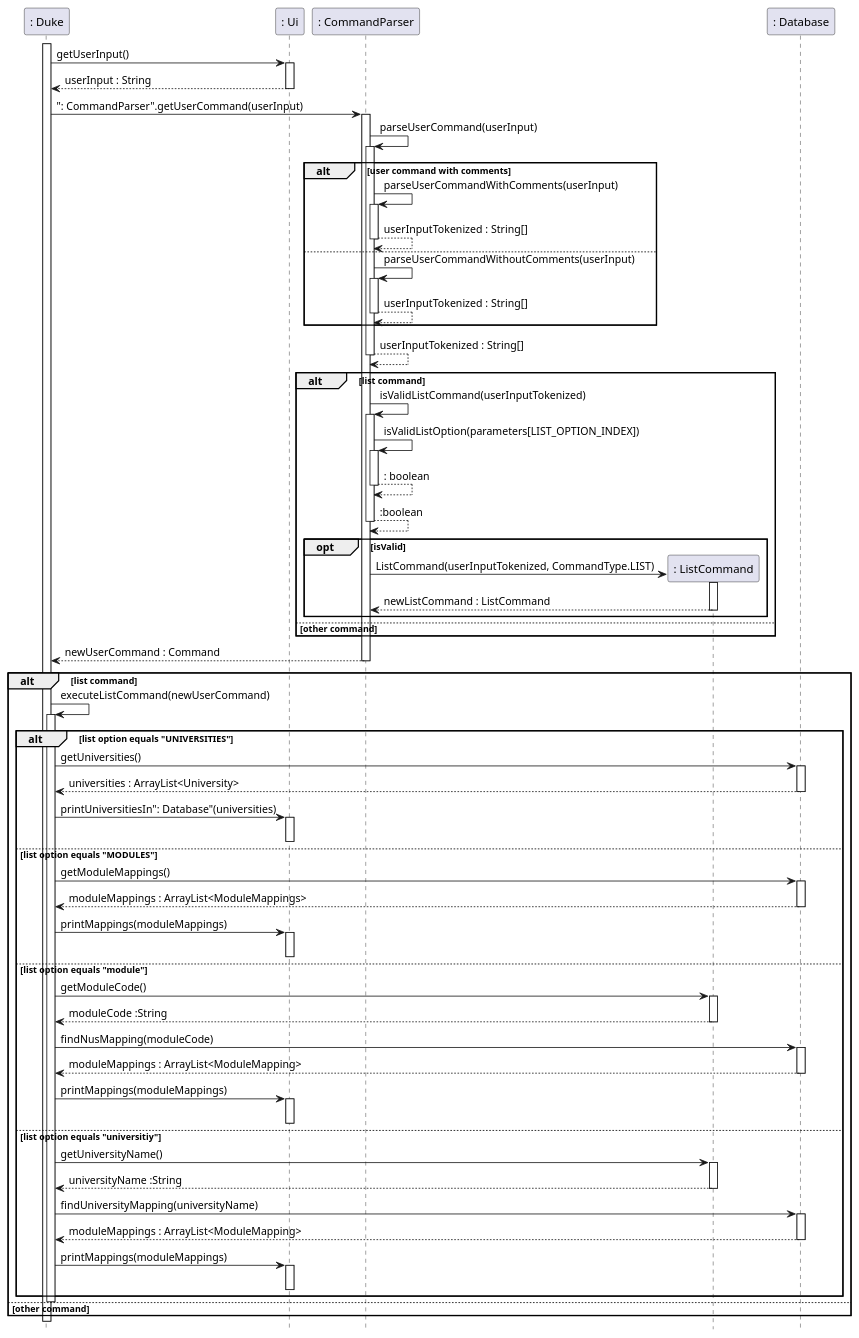
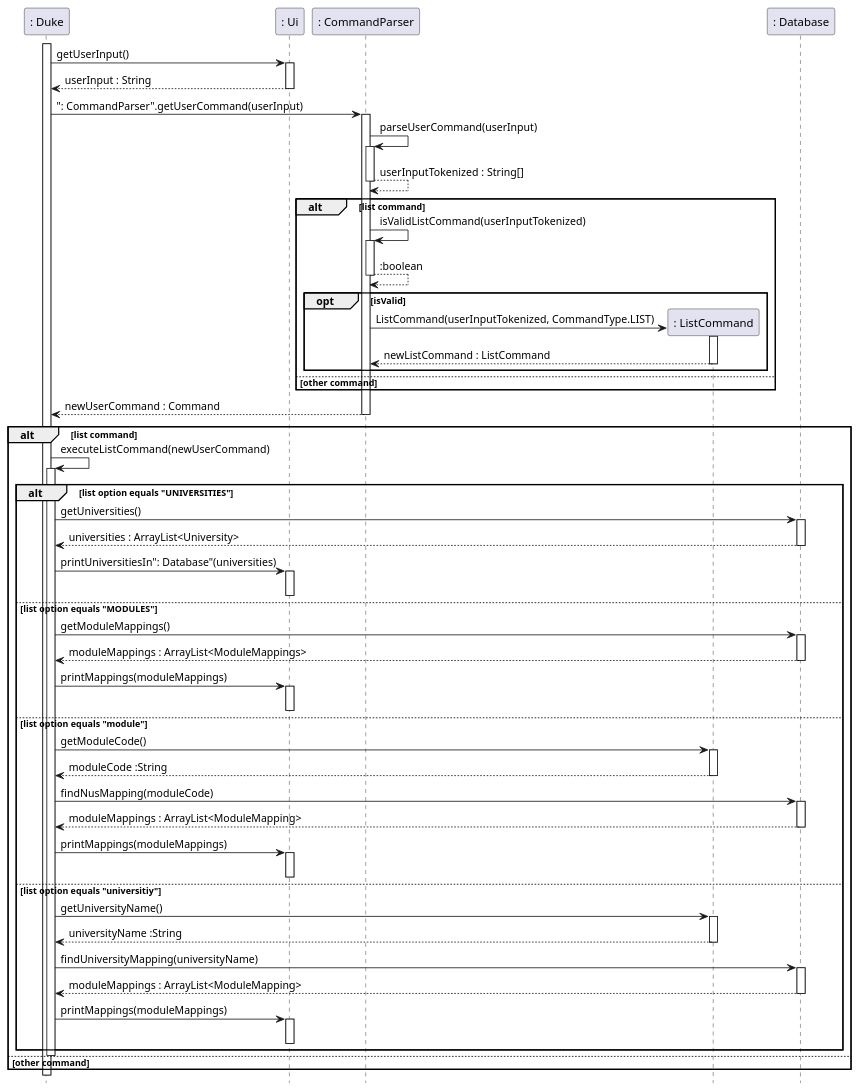
The diagram in docs/diagrams/ListCommand_Sequence.puml (nus-cs2113-AY2223S1/tp), drawn with PlantUML before and after one commit. The commit also changed 17 other files, not shown here.

Commit message:
Update Sequence Diagrams

```diff
--- a/docs/diagrams/ListCommand_Sequence.puml
+++ b/docs/diagrams/ListCommand_Sequence.puml
@@ -1,132 +1,112 @@
 @startuml
 
 hide footbox
 
 activate ": Duke"
 
 ": Duke" -> ": Ui" : getUserInput()
 activate ": Ui"
 ": Ui" --> ": Duke" : userInput : String
 deactivate ": Ui"
 
 ": Duke" -> ": CommandParser" : ": CommandParser".getUserCommand(userInput)
 activate ": CommandParser"
 
 ": CommandParser" -> ": CommandParser" : parseUserCommand(userInput)
 activate ": CommandParser"
 
-alt user command with comments
-    ": CommandParser" -> ": CommandParser" : parseUserCommandWithComments(userInput)
-    activate ": CommandParser"
-
-    ": CommandParser" --> ": CommandParser" : userInputTokenized : String[]
-    deactivate ": CommandParser"
-
-else
-    ": CommandParser" -> ": CommandParser" : parseUserCommandWithoutComments(userInput)
-    activate ": CommandParser"
-
-    ": CommandParser" --> ": CommandParser" : userInputTokenized : String[]
-    deactivate ": CommandParser" 
-end
-
 ": CommandParser" --> ": CommandParser" : userInputTokenized : String[]
 deactivate ": CommandParser"
 
 alt list command
 
     ": CommandParser" -> ": CommandParser" : isValidListCommand(userInputTokenized)
     activate ": CommandParser"
-
-    ": CommandParser" -> ": CommandParser" : isValidListOption(parameters[LIST_OPTION_INDEX])
-    activate ": CommandParser"
-    ": CommandParser" --> ": CommandParser" : : boolean
-    deactivate ": CommandParser"
 
     ": CommandParser" --> ": CommandParser" : :boolean
     deactivate ": CommandParser"
 
     opt isValid
 
         create ": ListCommand"
         ": CommandParser" -> ": ListCommand" : ListCommand(userInputTokenized, CommandType.LIST)
         activate ": ListCommand"
         ": ListCommand" --> ": CommandParser" : newListCommand : ListCommand
         deactivate ": ListCommand"
 
     end
 
 else other command
 
 end
 
 ": CommandParser" --> ": Duke" : newUserCommand : Command
 deactivate ": CommandParser"
 
 alt list command
 
     ": Duke" -> ": Duke" : executeListCommand(newUserCommand)
     activate ": Duke"
 
     alt list option equals "UNIVERSITIES"
 
         ": Duke" -> ": Database" : getUniversities()
         activate ": Database"
         ": Database" --> ": Duke" : universities : ArrayList<University>
         deactivate ": Database"
 
         ": Duke" -> ": Ui" : printUniversitiesIn": Database"(universities)
         activate ": Ui"
         deactivate ": Ui"
 
     else list option equals "MODULES"
 
         ": Duke" -> ": Database" : getModuleMappings()
         activate ": Database"
         ": Database" --> ": Duke" : moduleMappings : ArrayList<ModuleMappings>
         deactivate ": Database"
 
         ": Duke" -> ": Ui" : printMappings(moduleMappings)
         activate ": Ui"
         deactivate ": Ui"
 
     else list option equals "module"
 
         ": Duke" -> ": ListCommand" : getModuleCode()
         activate ": ListCommand"
         ": ListCommand" --> ": Duke" : moduleCode :String
         deactivate ": ListCommand"
         
         ": Duke" -> ": Database" : findNusMapping(moduleCode)
         activate ": Database"
         ": Database" --> ": Duke" : moduleMappings : ArrayList<ModuleMapping>
         deactivate ": Database"
 
         ": Duke" -> ": Ui" : printMappings(moduleMappings)
         activate ": Ui"
         deactivate ": Ui"
 
     else list option equals "universitiy"
 
         ": Duke" -> ": ListCommand" : getUniversityName()
         activate ": ListCommand"
         ": ListCommand" --> ": Duke" : universityName :String
         deactivate ": ListCommand"
         
         ": Duke" -> ": Database" : findUniversityMapping(universityName)
         activate ": Database"
         ": Database" --> ": Duke" : moduleMappings : ArrayList<ModuleMapping>
         deactivate ": Database"
 
         ": Duke" -> ": Ui" : printMappings(moduleMappings)
         activate ": Ui"
         deactivate ": Ui"
 
     end
 
 deactivate ": Duke"
 else other command
 end
 deactivate ": Duke"
 
 @enduml
```
